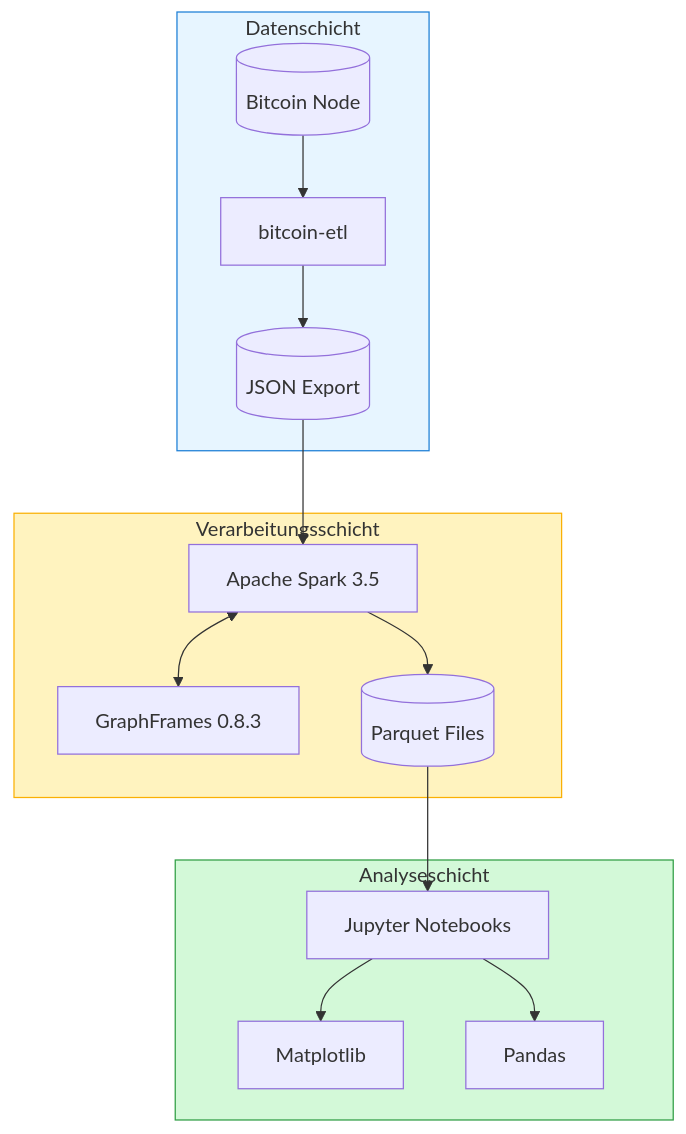
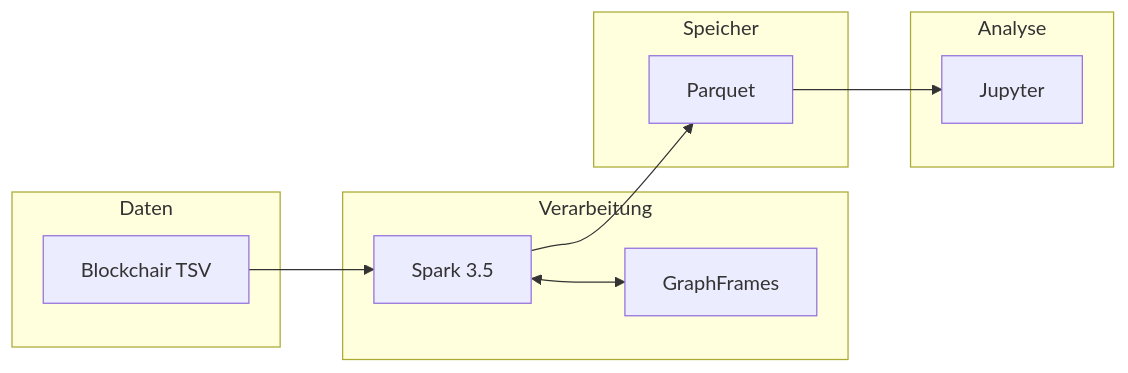
Before and after one commit to RomanRnlt/bitcoin-whale-intelligence: the first of 4 diagrams in docs/PROJECT_CONTEXT.md, drawn with Mermaid. The commit also changed other lines of this file and 4 other files, not shown here.

````diff
--- a/docs/PROJECT_CONTEXT.md
+++ b/docs/PROJECT_CONTEXT.md
@@ -11,31 +18,22 @@
 ```mermaid
-flowchart TB
-    subgraph data_layer["Datenschicht"]
-        BTC[("Bitcoin Node")]
-        BTCETL["bitcoin-etl"]
-        JSON[("JSON Export")]
-        BTC --> BTCETL --> JSON
+flowchart LR
+    subgraph data["Daten"]
+        TSV["Blockchair TSV"]
     end
 
-    subgraph processing["Verarbeitungsschicht"]
-        SPARK["Apache Spark 3.5"]
-        GF["GraphFrames 0.8.3"]
-        PQ[("Parquet Files")]
+    subgraph processing["Verarbeitung"]
+        SPARK["Spark 3.5"]
+        GF["GraphFrames"]
     end
 
-    subgraph analysis["Analyseschicht"]
-        JUP["Jupyter Notebooks"]
-        MPL["Matplotlib"]
-        PD["Pandas"]
+    subgraph storage["Speicher"]
+        PQ["Parquet"]
     end
 
-    JSON --> SPARK
-    SPARK --> PQ
-    SPARK <--> GF
-    PQ --> JUP
-    JUP --> MPL & PD
+    subgraph analysis["Analyse"]
+        JUP["Jupyter"]
+    end
 
-    style data_layer fill:#e7f5ff,stroke:#1c7ed6
-    style processing fill:#fff3bf,stroke:#fab005
-    style analysis fill:#d3f9d8,stroke:#2f9e44
+    TSV --> SPARK <--> GF
+    SPARK --> PQ --> JUP
 ```
````
